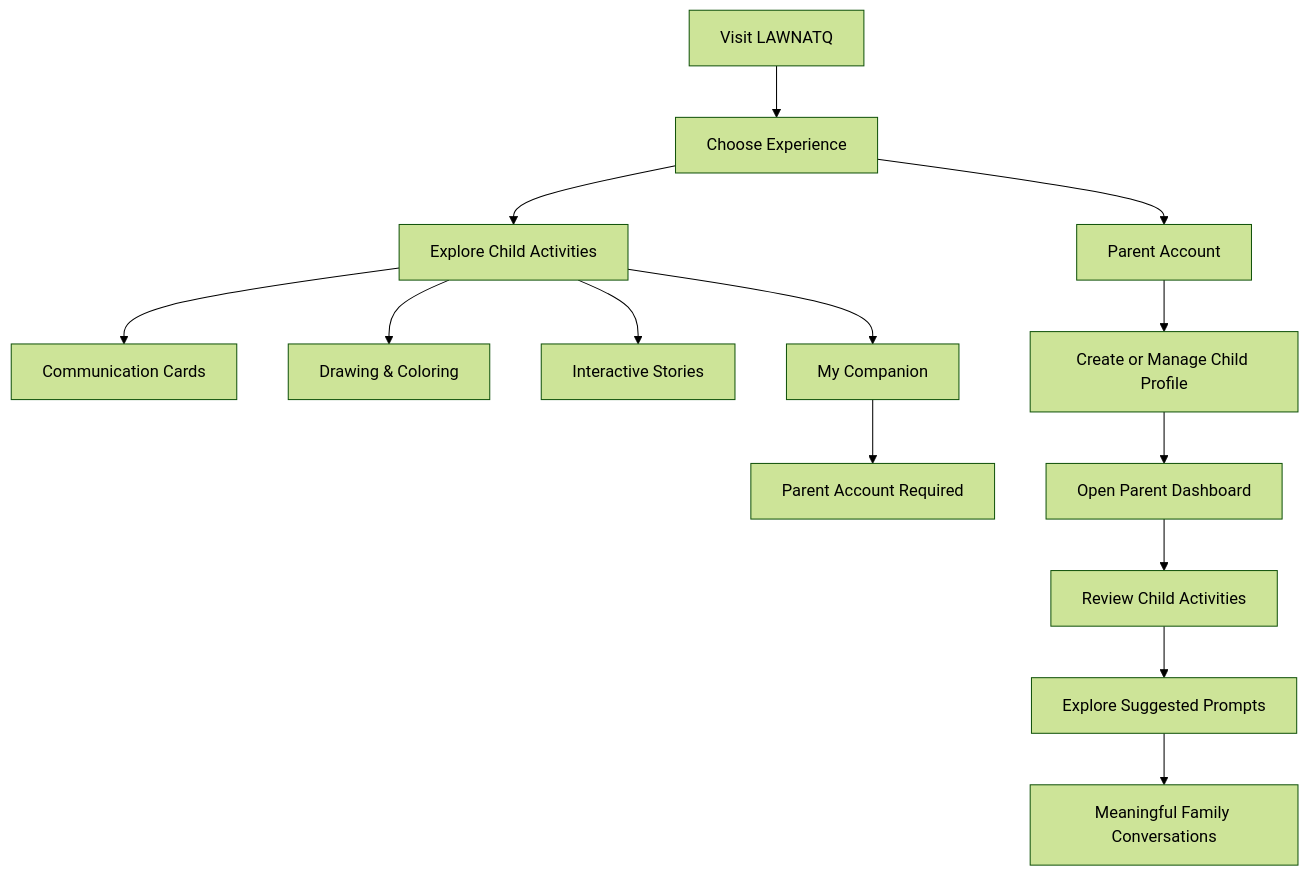
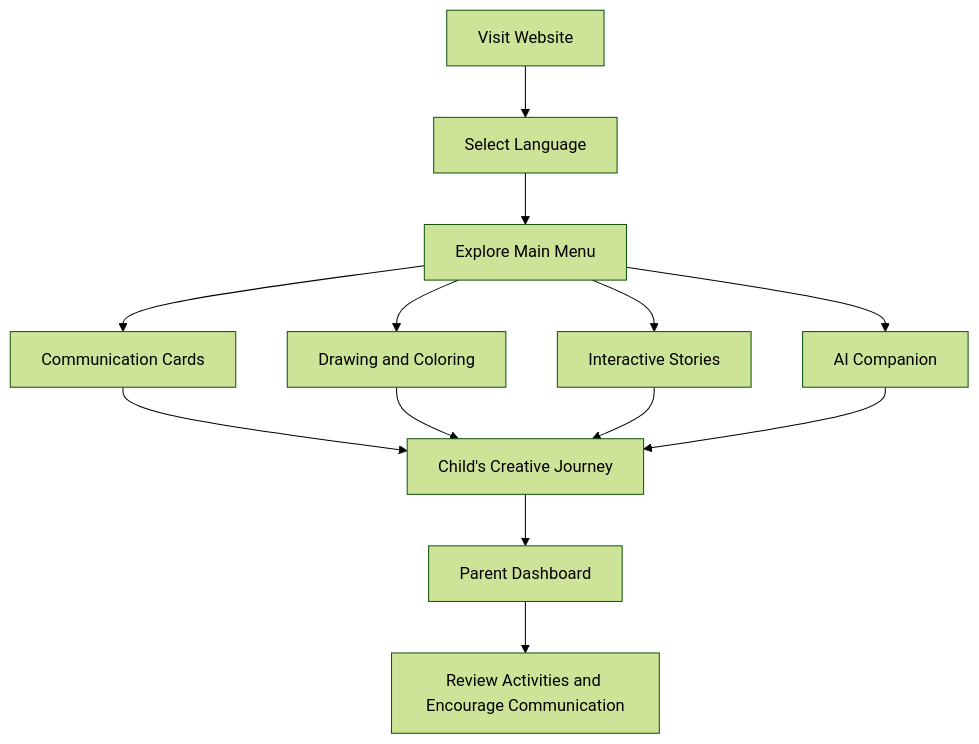
The second of 2 diagrams in README.md (Jawaherkalhoqish/lawnatq), drawn with Mermaid (forest theme) before and after one commit. The commit also changed other lines of this file, not shown here.

````diff
--- a/README.md
+++ b/README.md
@@ -117,20 +66,18 @@
 ```mermaid
 flowchart TD
-    A["Visit LAWNATQ"] --> B["Choose Experience"]
+    A["Visit Website"] --> B["Select Language"]
+    B --> C["Explore Main Menu"]
 
-    B --> C["Explore Child Activities"]
-    B --> D["Parent Account"]
+    C --> D["Communication Cards"]
+    C --> E["Drawing and Coloring"]
+    C --> F["Interactive Stories"]
+    C --> G["AI Companion"]
 
-    C --> E["Communication Cards"]
-    C --> F["Drawing & Coloring"]
-    C --> G["Interactive Stories"]
-    C --> H["My Companion"]
+    D --> H["Child's Creative Journey"]
+    E --> H
+    F --> H
+    G --> H
 
-    H --> I["Parent Account Required"]
-
-    D --> J["Create or Manage Child Profile"]
-    J --> K["Open Parent Dashboard"]
-    K --> L["Review Child Activities"]
-    L --> M["Explore Suggested Prompts"]
-    M --> N["Meaningful Family Conversations"]
+    H --> I["Parent Dashboard"]
+    I --> J["Review Activities and Encourage Communication"]
 ```
````
